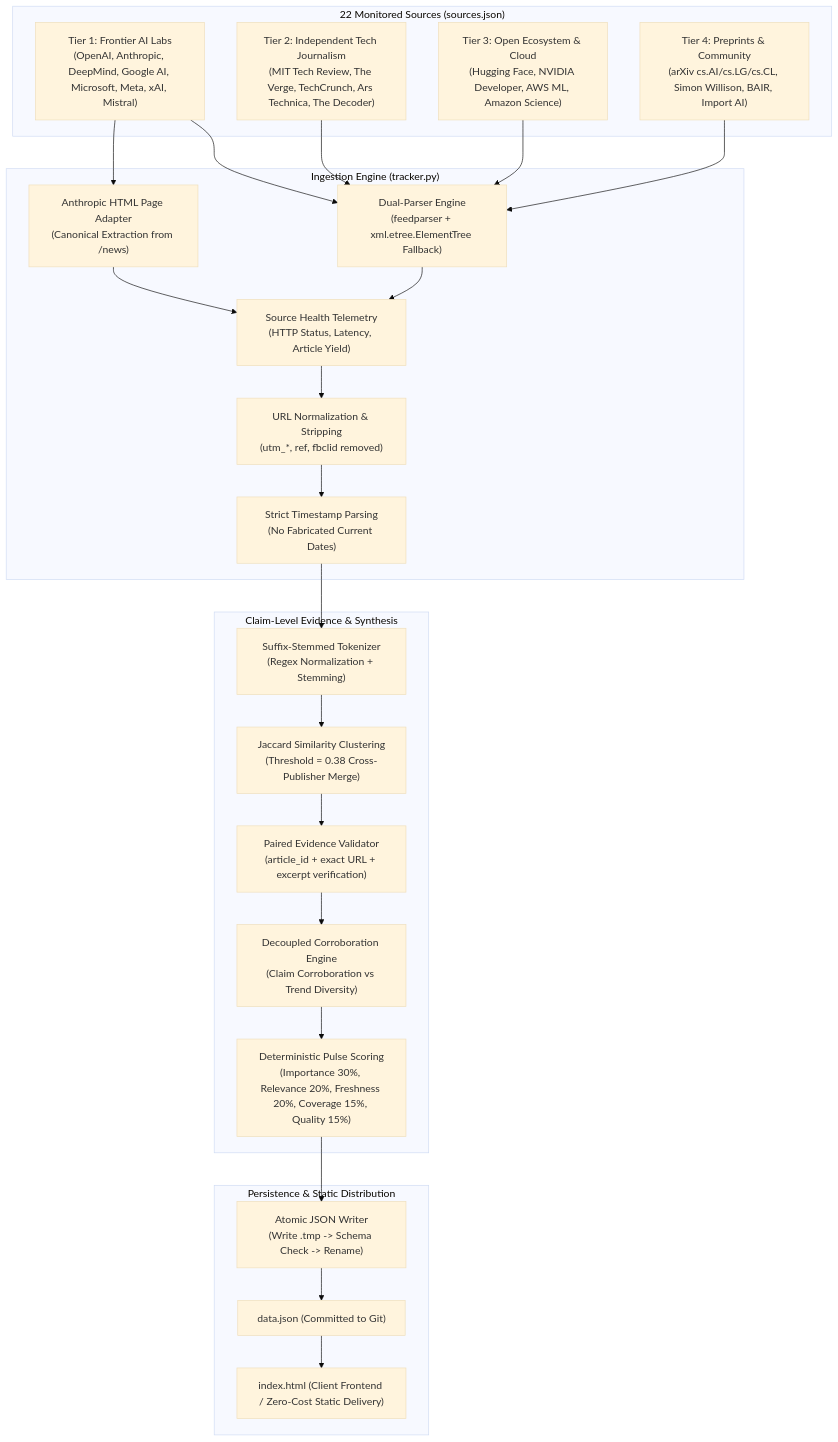
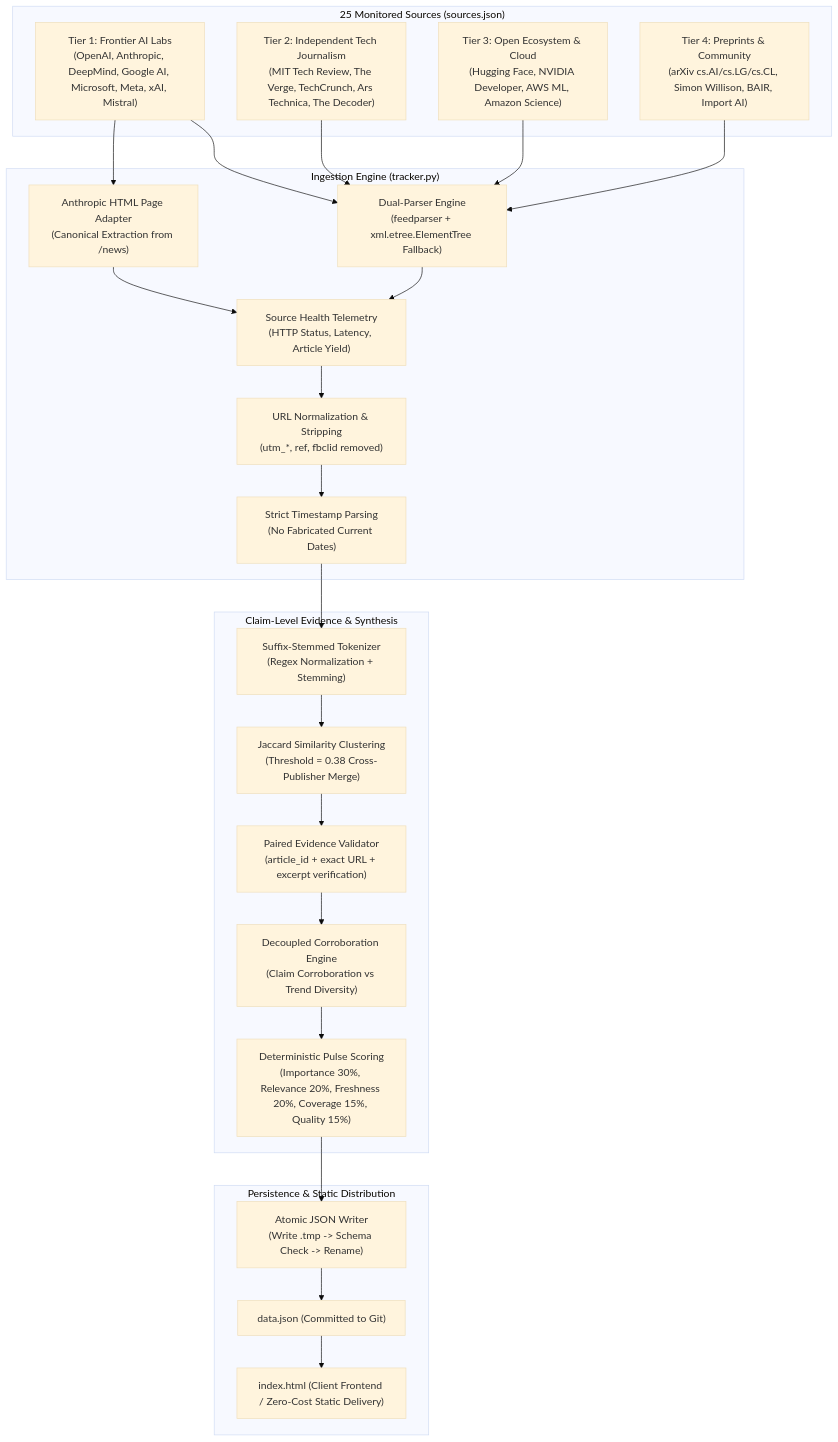
Before and after one commit to rajyenekal/ai-trend-pulse: the diagram in DATA_PIPELINE.md, drawn with Mermaid (base theme). The commit also changed other lines of this file and 9 other files, not shown here.

````diff
--- a/DATA_PIPELINE.md
+++ b/DATA_PIPELINE.md
@@ -25,35 +25,35 @@
 ```mermaid
 flowchart TD
-    subgraph Sources["22 Monitored Sources (sources.json)"]
+    subgraph Sources["25 Monitored Sources (sources.json)"]
         T1["Tier 1: Frontier AI Labs\n(OpenAI, Anthropic, DeepMind, Google AI, Microsoft, Meta, xAI, Mistral)"]
         T2["Tier 2: Independent Tech Journalism\n(MIT Tech Review, The Verge, TechCrunch, Ars Technica, The Decoder)"]
         T3["Tier 3: Open Ecosystem & Cloud\n(Hugging Face, NVIDIA Developer, AWS ML, Amazon Science)"]
         T4["Tier 4: Preprints & Community\n(arXiv cs.AI/cs.LG/cs.CL, Simon Willison, BAIR, Import AI)"]
     end
 
     subgraph Ingestion["Ingestion Engine (tracker.py)"]
         DP["Dual-Parser Engine\n(feedparser + xml.etree.ElementTree Fallback)"]
         AA["Anthropic HTML Page Adapter\n(Canonical Extraction from /news)"]
         TEL["Source Health Telemetry\n(HTTP Status, Latency, Article Yield)"]
         NORM["URL Normalization & Stripping\n(utm_*, ref, fbclid removed)"]
         TIME["Strict Timestamp Parsing\n(No Fabricated Current Dates)"]
     end
 
     subgraph Verification["Claim-Level Evidence & Synthesis"]
         STEM["Suffix-Stemmed Tokenizer\n(Regex Normalization + Stemming)"]
         JAC["Jaccard Similarity Clustering\n(Threshold = 0.38 Cross-Publisher Merge)"]
         PAIR["Paired Evidence Validator\n(article_id + exact URL + excerpt verification)"]
         DECOUPLE["Decoupled Corroboration Engine\n(Claim Corroboration vs Trend Diversity)"]
         SCORE["Deterministic Pulse Scoring\n(Importance 30%, Relevance 20%, Freshness 20%, Coverage 15%, Quality 15%)"]
     end
 
     subgraph Delivery["Persistence & Static Distribution"]
         ATOMIC["Atomic JSON Writer\n(Write .tmp -> Schema Check -> Rename)"]
         JSON["data.json (Committed to Git)"]
         FRONTEND["index.html (Client Frontend / Zero-Cost Static Delivery)"]
     end
 
     T1 & T2 & T3 & T4 --> DP
     T1 --> AA
     DP & AA --> TEL --> NORM --> TIME --> STEM --> JAC --> PAIR --> DECOUPLE --> SCORE --> ATOMIC --> JSON --> FRONTEND
 ```
````
